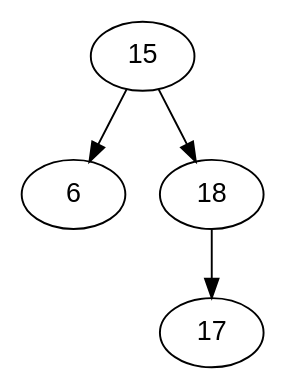
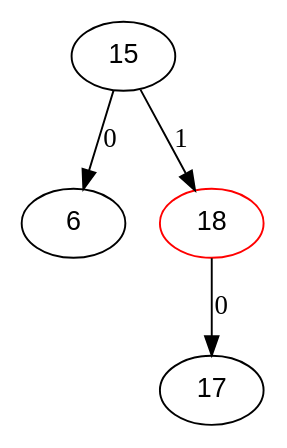
The diagram in tree/tree.dot (SergioMenaQuispe/visualizador), drawn with Graphviz before and after one commit. The commit also changed 2 other files, not shown here.

```diff
--- a/tree/tree.dot
+++ b/tree/tree.dot
@@ -1,6 +1,8 @@
 digraph BST {
 	node [fontname="Arial"];
-	15 -> 6
-	15 -> 18
-	18 -> 17
+	15 -> 6[label="0"]
+	15 -> 18[label="1"]
+	18 -> 17[label="0"]
+	18[color=red]
+
 }
```
